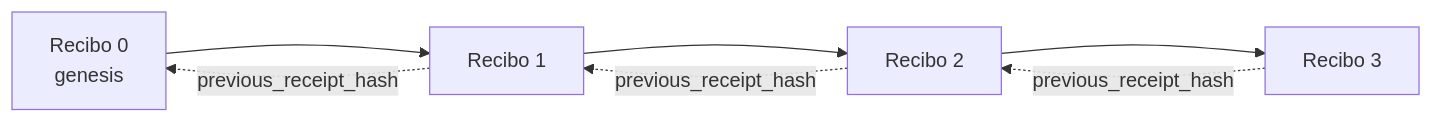
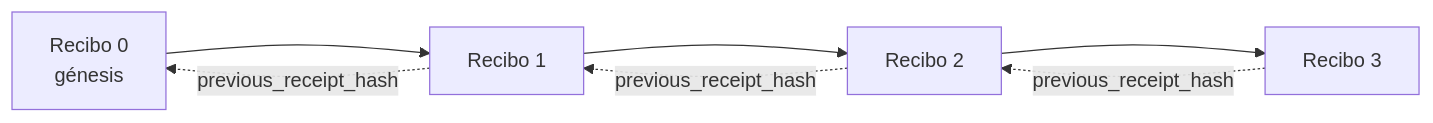
The second of 2 diagrams in translations/es/18-securing-ai-agents/README.md (microsoft/ai-agents-for-beginners), drawn with Mermaid before and after one commit. The commit also changed other lines of this file and 92 other files, not shown here.

````diff
--- a/translations/es/18-securing-ai-agents/README.md
+++ b/translations/es/18-securing-ai-agents/README.md
@@ -206,9 +206,9 @@
 ```mermaid
 flowchart LR
-    R0[Recibo 0<br/>genesis] --> R1[Recibo 1]
+    R0[Recibo 0<br/>génesis] --> R1[Recibo 1]
     R1 --> R2[Recibo 2]
     R2 --> R3[Recibo 3]
     R1 -. previous_receipt_hash .-> R0
     R2 -. previous_receipt_hash .-> R1
     R3 -. previous_receipt_hash .-> R2
 ```
````
